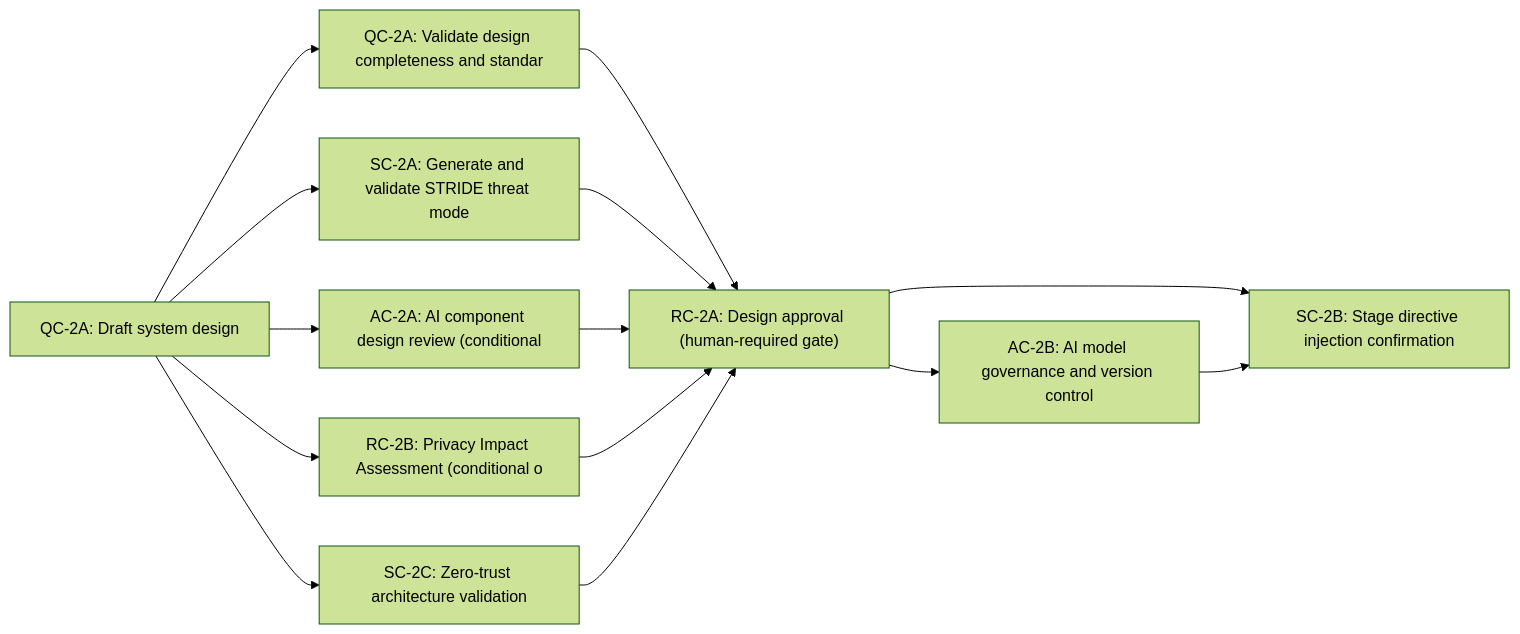
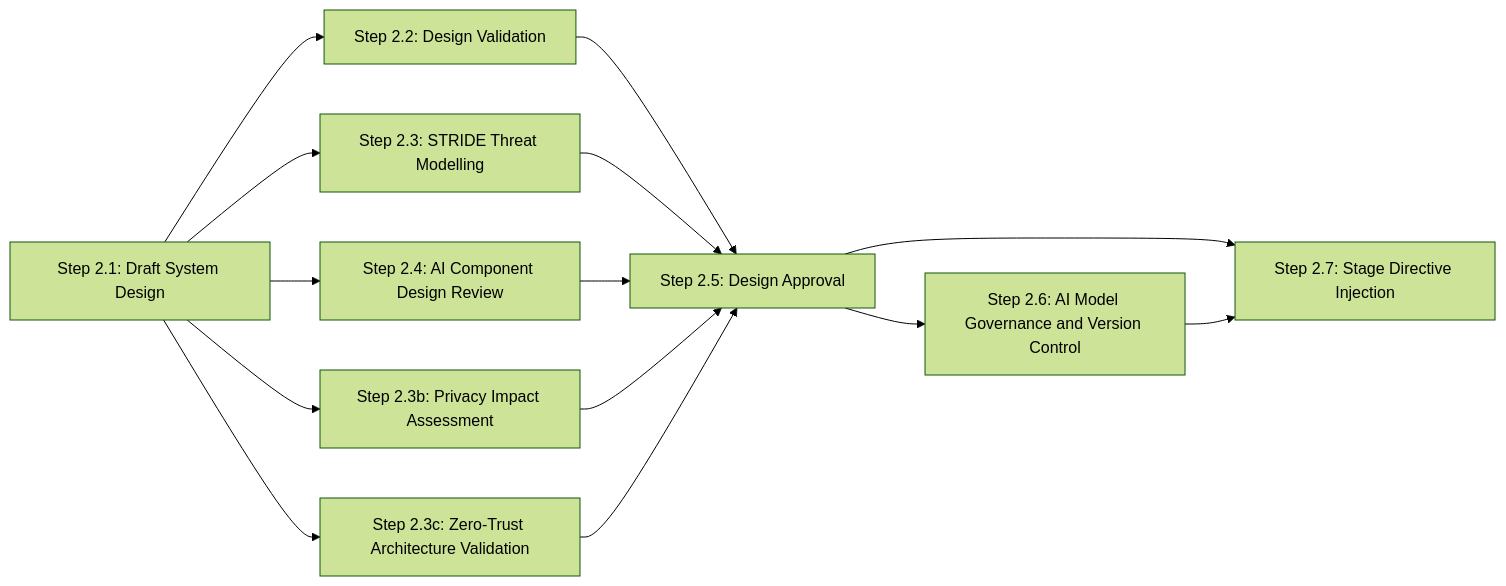
One commit to jvanheerikhuize/a-sdlc changed the diagram in stages/02-system-design/README.md. Above: the diagram before and after it, drawn with Mermaid (forest theme). The commit also changed other lines of this file and 18 other files, not shown here.

First line of the commit message:
Base mermaid workflow diagrams on steps instead of controls

````diff
--- a/stages/02-system-design/README.md
+++ b/stages/02-system-design/README.md
@@ -44,25 +44,25 @@
 ```mermaid
 graph LR
-  n-qc2a-draft["QC-2A: Draft system design"]
-  n-qc2a-validate["QC-2A: Validate design completeness and standar"]
-  n-sc2a["SC-2A: Generate and validate STRIDE threat mode"]
-  n-ac2a["AC-2A: AI component design review (conditional "]
-  n-rc2b["RC-2B: Privacy Impact Assessment (conditional o"]
-  n-sc2c["SC-2C: Zero-trust architecture validation"]
-  n-rc2a["RC-2A: Design approval (human-required gate)"]
-  n-ac2b["AC-2B: AI model governance and version control "]
-  n-sc2b["SC-2B: Stage directive injection confirmation"]
+  n-qc2a-draft["Step 2.1: Draft System Design"]
+  n-qc2a-validate["Step 2.2: Design Validation"]
+  n-sc2a["Step 2.3: STRIDE Threat Modelling"]
+  n-ac2a["Step 2.4: AI Component Design Review"]
+  n-rc2b["Step 2.3b: Privacy Impact Assessment"]
+  n-sc2c["Step 2.3c: Zero-Trust Architecture Validation"]
+  n-rc2a["Step 2.5: Design Approval"]
+  n-ac2b["Step 2.6: AI Model Governance and Version Control"]
+  n-sc2b["Step 2.7: Stage Directive Injection"]
   n-qc2a-draft --> n-qc2a-validate
   n-qc2a-draft --> n-sc2a
   n-qc2a-draft --> n-ac2a
   n-qc2a-draft --> n-rc2b
   n-qc2a-draft --> n-sc2c
   n-qc2a-validate --> n-rc2a
   n-sc2a --> n-rc2a
   n-ac2a --> n-rc2a
   n-rc2b --> n-rc2a
   n-sc2c --> n-rc2a
   n-rc2a --> n-ac2b
   n-rc2a --> n-sc2b
   n-ac2b --> n-sc2b
 ```
````
